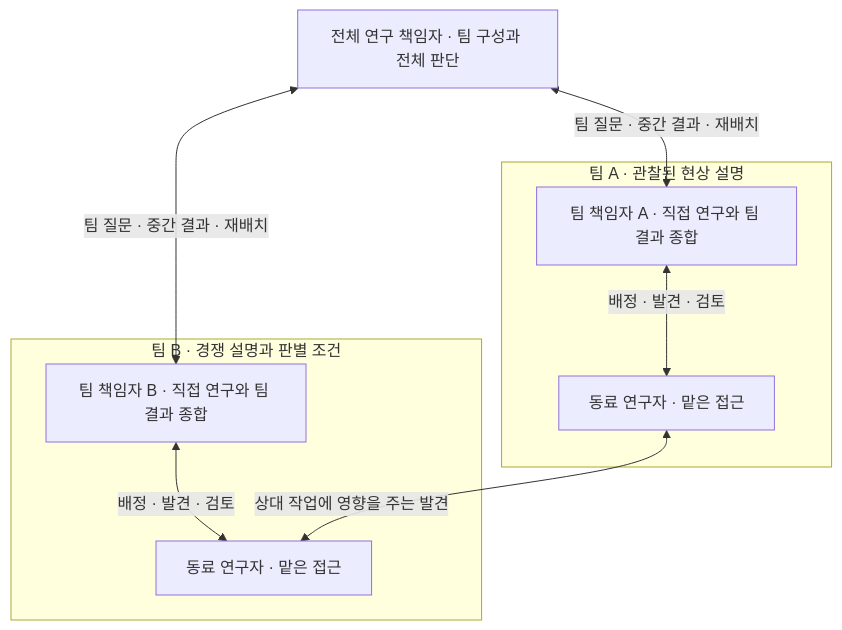
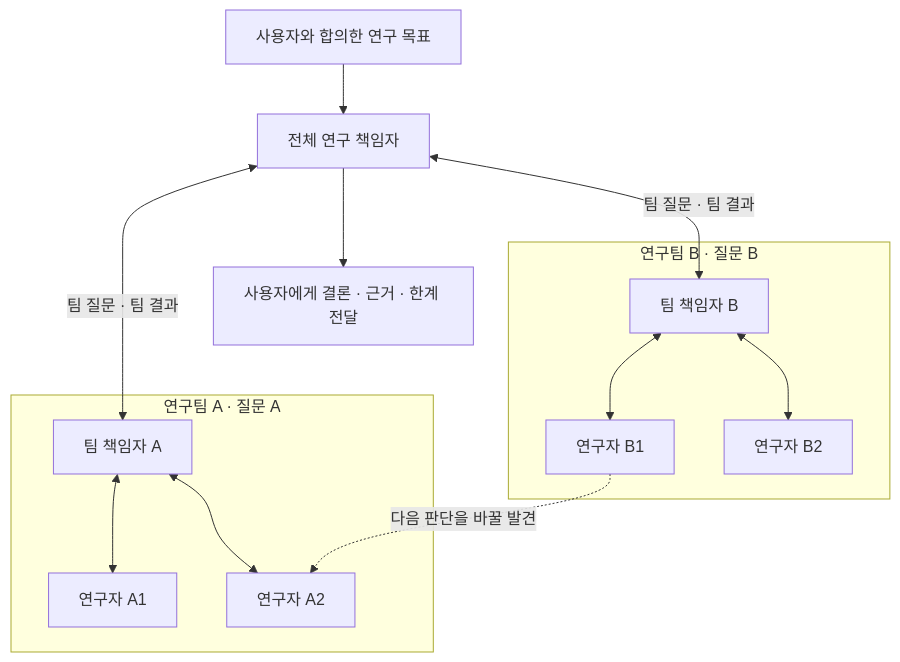
The diagram in docs/DESIGN.md (Rmayana/frontier-research-harness), drawn with Mermaid before and after one commit. The commit also changed other lines of this file, not shown here.

````diff
--- a/docs/DESIGN.md
+++ b/docs/DESIGN.md
@@ -25,17 +7,22 @@
 ```mermaid
 flowchart TD
-    G["전체 연구 책임자 · 팀 구성과 전체 판단"]
-    subgraph A["팀 A · 관찰된 현상 설명"]
-        LA["팀 책임자 A · 직접 연구와 팀 결과 종합"]
-        PA["동료 연구자 · 맡은 접근"]
-        LA <-->|"배정 · 발견 · 검토"| PA
+    G["사용자와 합의한 연구 목표"] --> L["전체 연구 책임자"]
+    subgraph A["연구팀 A · 질문 A"]
+        LA["팀 책임자 A"]
+        A1["연구자 A1"]
+        A2["연구자 A2"]
+        LA <--> A1
+        LA <--> A2
     end
-    subgraph B["팀 B · 경쟁 설명과 판별 조건"]
-        LB["팀 책임자 B · 직접 연구와 팀 결과 종합"]
-        PB["동료 연구자 · 맡은 접근"]
-        LB <-->|"배정 · 발견 · 검토"| PB
+    subgraph B["연구팀 B · 질문 B"]
+        LB["팀 책임자 B"]
+        B1["연구자 B1"]
+        B2["연구자 B2"]
+        LB <--> B1
+        LB <--> B2
     end
-    G <-->|"팀 질문 · 중간 결과 · 재배치"| LA
-    G <-->|"팀 질문 · 중간 결과 · 재배치"| LB
-    PA <-->|"상대 작업에 영향을 주는 발견"| PB
+    L <-->|"팀 질문 · 팀 결과"| LA
+    L <-->|"팀 질문 · 팀 결과"| LB
+    B1 -.->|"다음 판단을 바꿀 발견"| A2
+    L --> R["사용자에게 결론 · 근거 · 한계 전달"]
 ```
````
